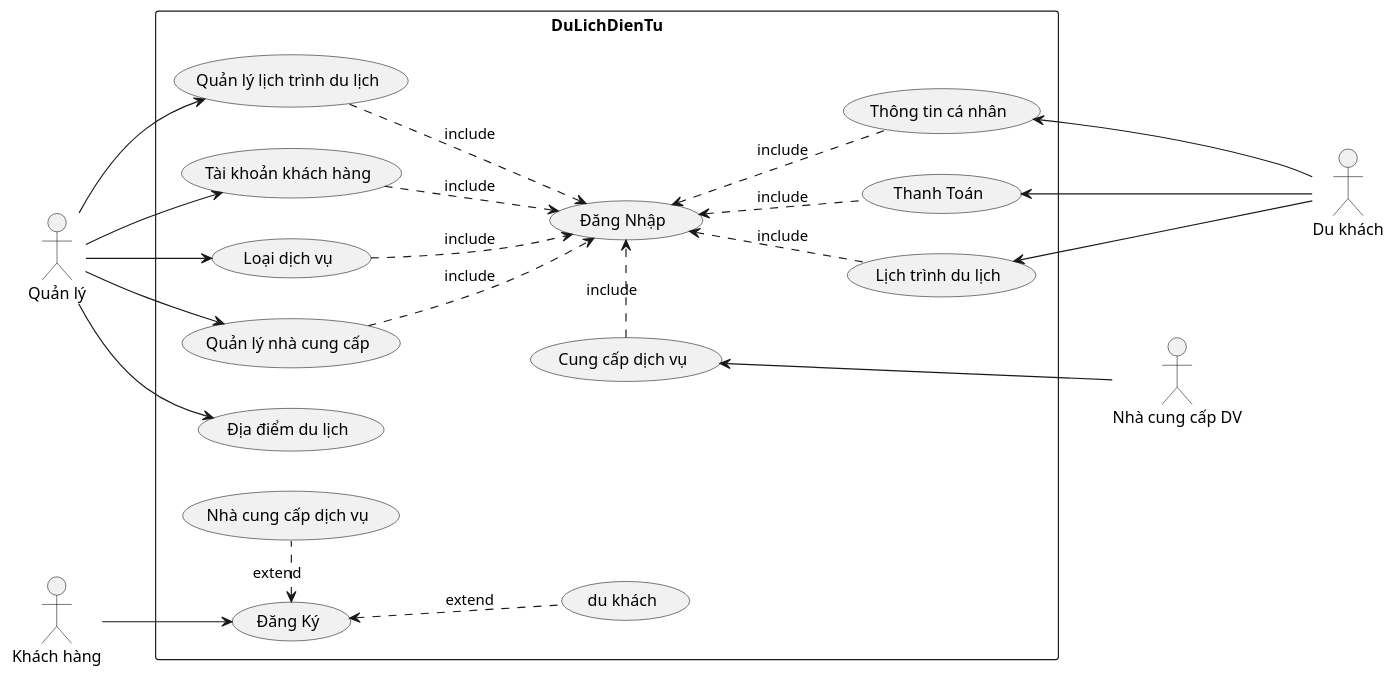
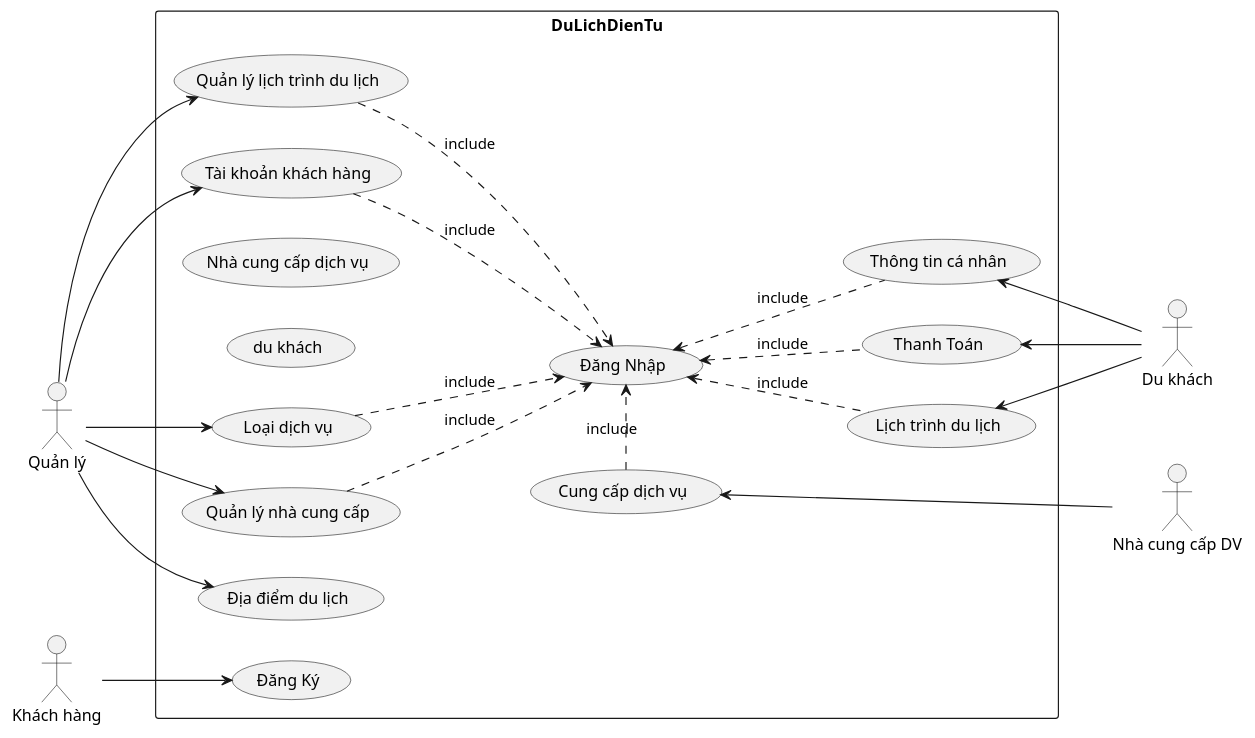
The diagram in PlanUML/UseCase_TongQuat.puml (TranTan-Dat/LV_DuLichDienTu), drawn with PlantUML before and after one commit. The commit also changed 2 other files, not shown here.

Commit message:
continute uml

```diff
--- a/PlanUML/UseCase_TongQuat.puml
+++ b/PlanUML/UseCase_TongQuat.puml
@@ -1,51 +1,49 @@
 @startuml Hệ Thống Sàn điện tử
 left to right direction
 actor "Nhà cung cấp DV" as NCC
 actor "Quản lý" as QL
 actor "Du khách" as DK
 actor "Khách hàng" as KH 
 rectangle DuLichDienTu {
   usecase "Cung cấp dịch vụ" as DV
   'Loại dv nằm trong
   ' usecase "Quản lý loại dịch vụ" as QLLDV
   usecase "Quản lý lịch trình du lịch" as QLLT
   usecase "Đăng Nhập" as DangNhap
   ' usecase "Biên Nhận" as BienNhan
   usecase "Thông tin cá nhân" as ThongTinCaNhan
   usecase "Thanh Toán" as TT
   usecase "Đăng Ký" as DangKy
   usecase "Nhà cung cấp dịch vụ" as DangKy_NCC
   usecase "du khách" as DangKy_DK
   usecase "Lịch trình du lịch" as LTDL
   usecase "Tài khoản khách hàng" as TK
   usecase "Loại dịch vụ" as LDV
   usecase "Quản lý nhà cung cấp" as QLNCC
   usecase "Địa điểm du lịch" as DD
 }
 DV <--- NCC
 ' QL --> QLLDV
 QL --> QLNCC
 QL --> QLLT
 QL --> TK
 QL --> LDV
 QL --> DD
 
 TT <-- DK
 ThongTinCaNhan <-- DK  
-LTDL <--- DK
+LTDL <-- DK
 
 QLLT ..> DangNhap : include
 ' QLLDV ..> DangNhap : include
 QLNCC ..> DangNhap :include
 DV .> DangNhap : include
 TK ..> DangNhap : include
 LDV ..> DangNhap : include
 
 DangNhap <.. LTDL : include
 DangNhap <.. ThongTinCaNhan : include
 DangNhap <.. TT : include
 
-DangKy <. DangKy_NCC : extend
-DangKy <.. DangKy_DK : extend
 KH--> DangKy
 @enduml
```
